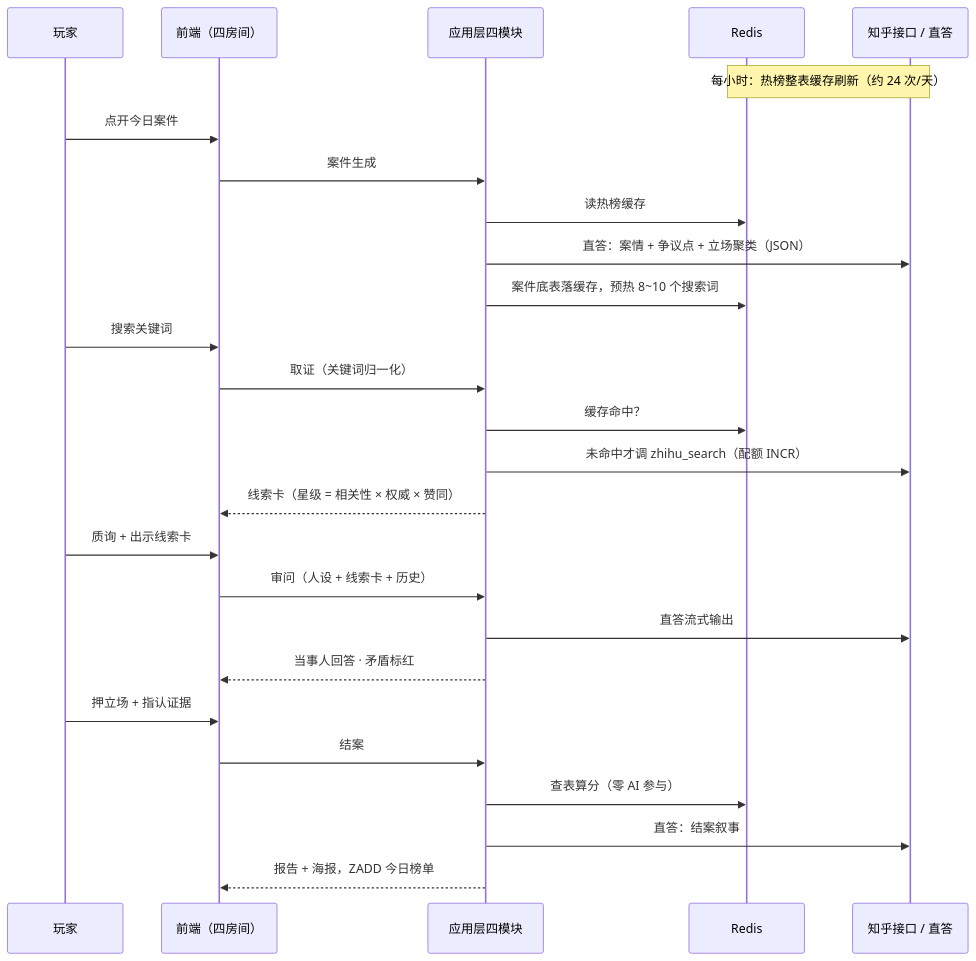
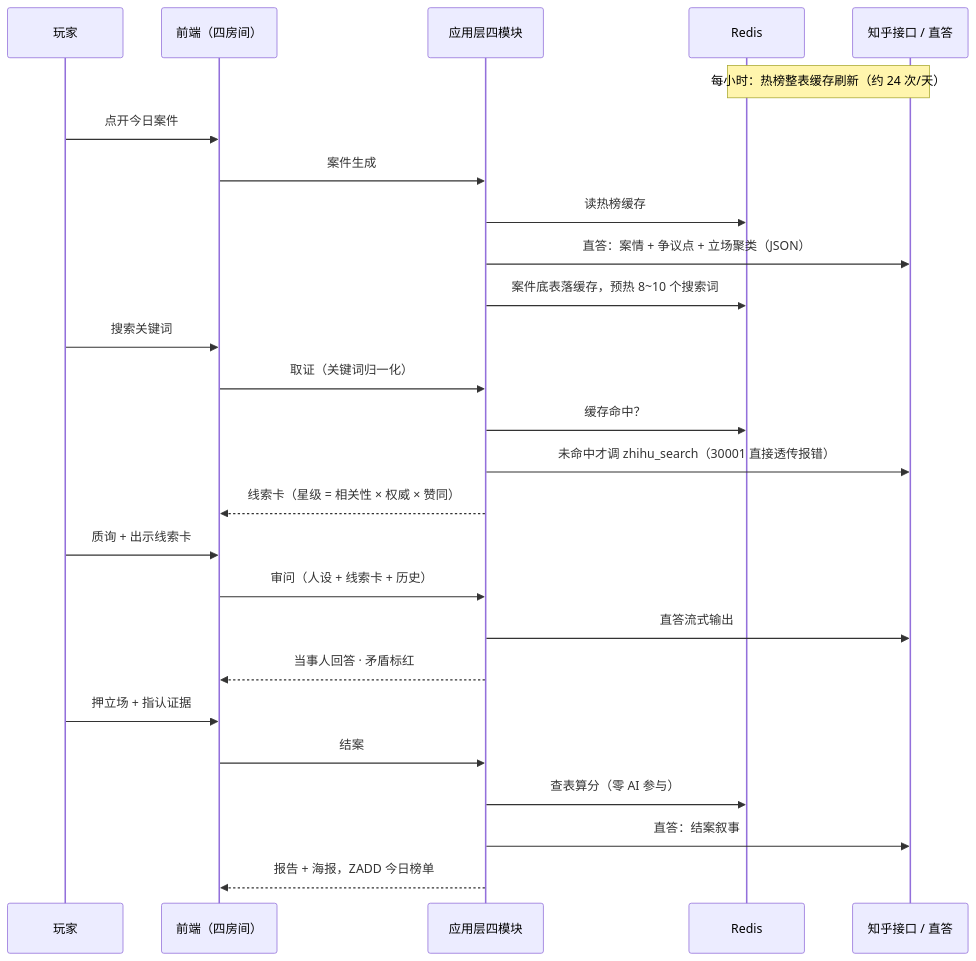
One commit to ShiYioo/trending-mystery changed the second of 2 diagrams in README.md. Above: the diagram before and after it, drawn with Mermaid. The commit also changed other lines of this file and 3 other files, not shown here.

````diff
--- a/README.md
+++ b/README.md
@@ -207,29 +207,29 @@
 ```mermaid
 sequenceDiagram
     participant P as 玩家
     participant F as 前端（四房间）
     participant S as 应用层四模块
     participant R as Redis
     participant Z as 知乎接口 / 直答
 
     Note over R,Z: 每小时：热榜整表缓存刷新（约 24 次/天）
     P->>F: 点开今日案件
     F->>S: 案件生成
     S->>R: 读热榜缓存
     S->>Z: 直答：案情 + 争议点 + 立场聚类（JSON）
     S->>R: 案件底表落缓存，预热 8~10 个搜索词
     P->>F: 搜索关键词
     F->>S: 取证（关键词归一化）
     S->>R: 缓存命中？
-    S->>Z: 未命中才调 zhihu_search（配额 INCR）
+    S->>Z: 未命中才调 zhihu_search（30001 直接透传报错）
     S-->>F: 线索卡（星级 = 相关性 × 权威 × 赞同）
     P->>F: 质询 + 出示线索卡
     F->>S: 审问（人设 + 线索卡 + 历史）
     S->>Z: 直答流式输出
     S-->>F: 当事人回答 · 矛盾标红
     P->>F: 押立场 + 指认证据
     F->>S: 结案
     S->>R: 查表算分（零 AI 参与）
     S->>Z: 直答：结案叙事
     S-->>F: 报告 + 海报，ZADD 今日榜单
 ```
````
